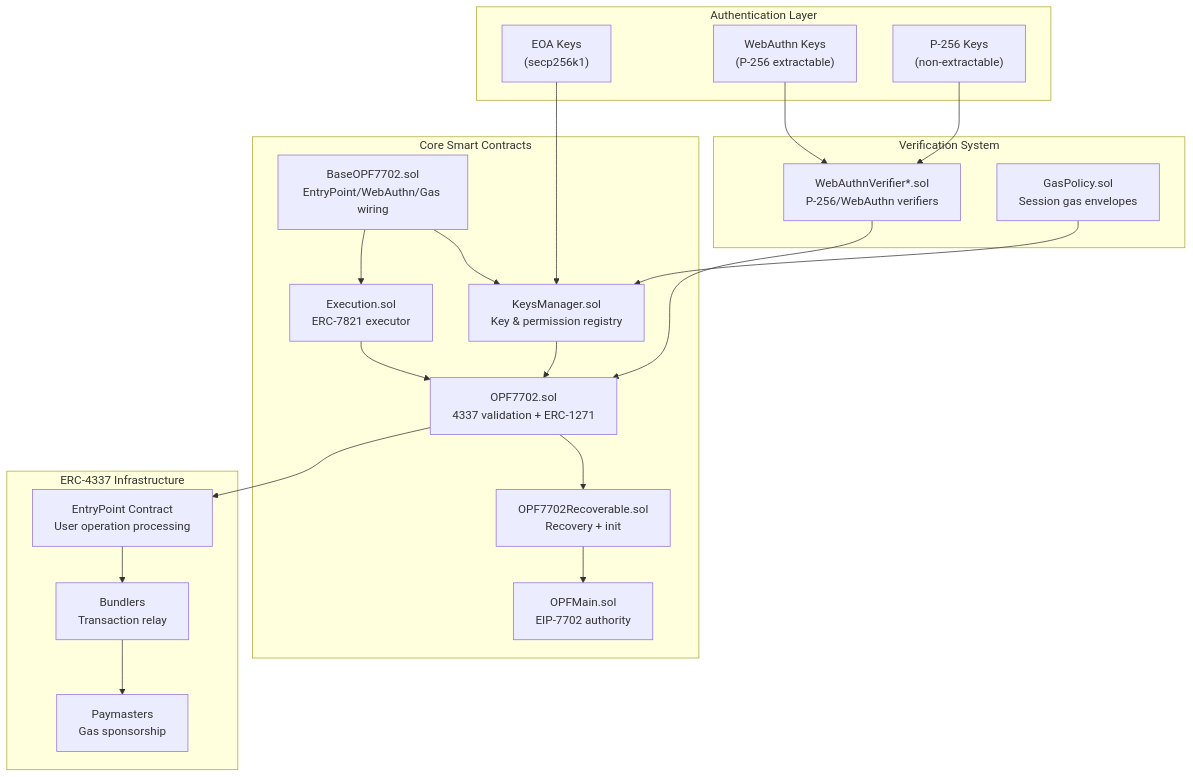
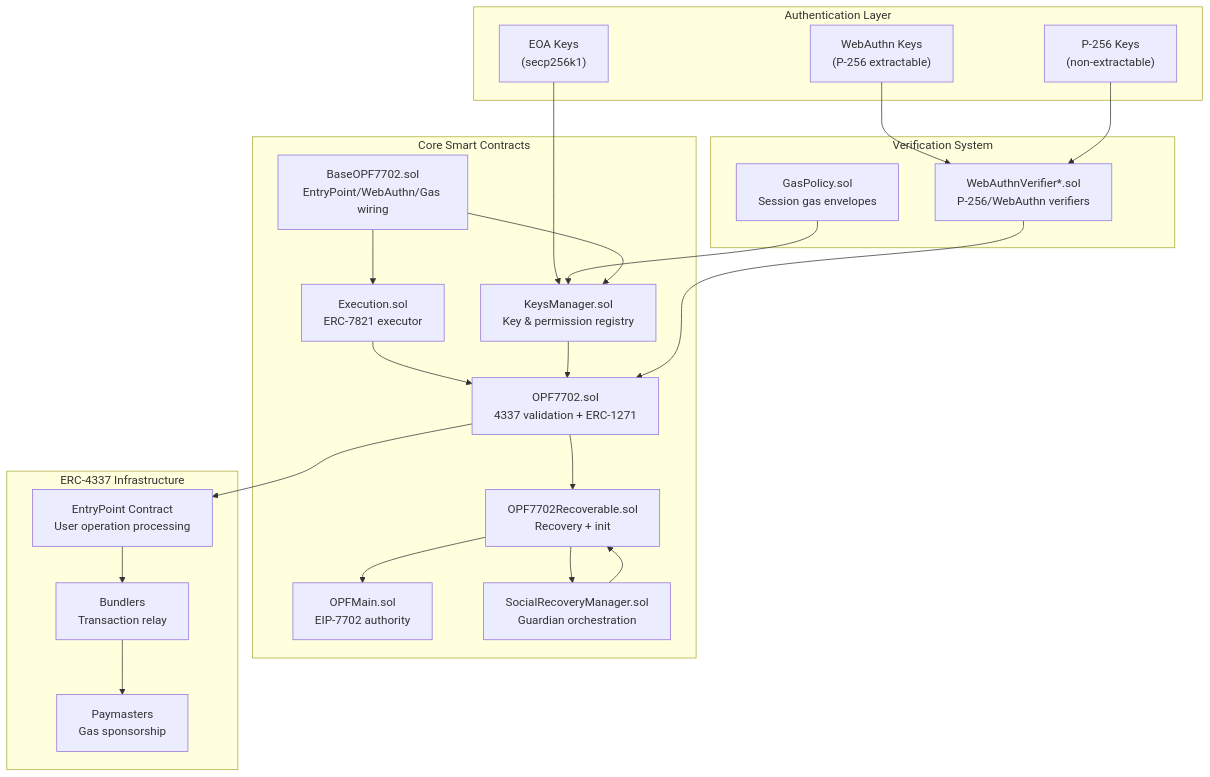
One commit to openfort-xyz/openfort-7702-account changed the first of 3 diagrams in docs/Architecture.md. Above: the diagram before and after it, drawn with Mermaid. The commit also changed other lines of this file, not shown here.

Commit message:
(docs) fix docs/Architecture.md

````diff
--- a/docs/Architecture.md
+++ b/docs/Architecture.md
@@ -82,46 +84,49 @@
 ```mermaid
 flowchart TD
     subgraph "Authentication Layer"
         EOAKeys["EOA Keys<br/>(secp256k1)"]
         WebAuthnKeys["WebAuthn Keys<br/>(P-256 extractable)"]
         P256Keys["P-256 Keys<br/>(non-extractable)"]
     end
     
     subgraph "Core Smart Contracts"
         BaseOPF7702["BaseOPF7702.sol<br/>EntryPoint/WebAuthn/Gas wiring"]
         KeysManager["KeysManager.sol<br/>Key & permission registry"]
         Execution["Execution.sol<br/>ERC-7821 executor"]
         OPF7702["OPF7702.sol<br/>4337 validation + ERC-1271"]
         OPFRecoverable["OPF7702Recoverable.sol<br/>Recovery + init"]
         OPFMain["OPFMain.sol<br/>EIP-7702 authority"]
+        SocialRecovery["SocialRecoveryManager.sol<br/>Guardian orchestration"]
     end
     
     subgraph "Verification System"
         WebAuthnVerifier["WebAuthnVerifier*.sol<br/>P-256/WebAuthn verifiers"]
         GasPolicy["GasPolicy.sol<br/>Session gas envelopes"]
     end
     
     subgraph "ERC-4337 Infrastructure"
         EntryPoint["EntryPoint Contract<br/>User operation processing"]
         Bundlers["Bundlers<br/>Transaction relay"]
         Paymasters["Paymasters<br/>Gas sponsorship"]
     end
 
     %% Connections
     EOAKeys --> KeysManager
     WebAuthnKeys --> WebAuthnVerifier
     P256Keys --> WebAuthnVerifier
     GasPolicy --> KeysManager
 
     BaseOPF7702 --> KeysManager
     BaseOPF7702 --> Execution
     Execution --> OPF7702
     KeysManager --> OPF7702
     WebAuthnVerifier --> OPF7702
     
     OPF7702 --> OPFRecoverable
+    OPFRecoverable --> SocialRecovery
     OPFRecoverable --> OPFMain
+    SocialRecovery --> OPFRecoverable
     OPF7702 --> EntryPoint
     EntryPoint --> Bundlers
     Bundlers --> Paymasters
 ```
````
